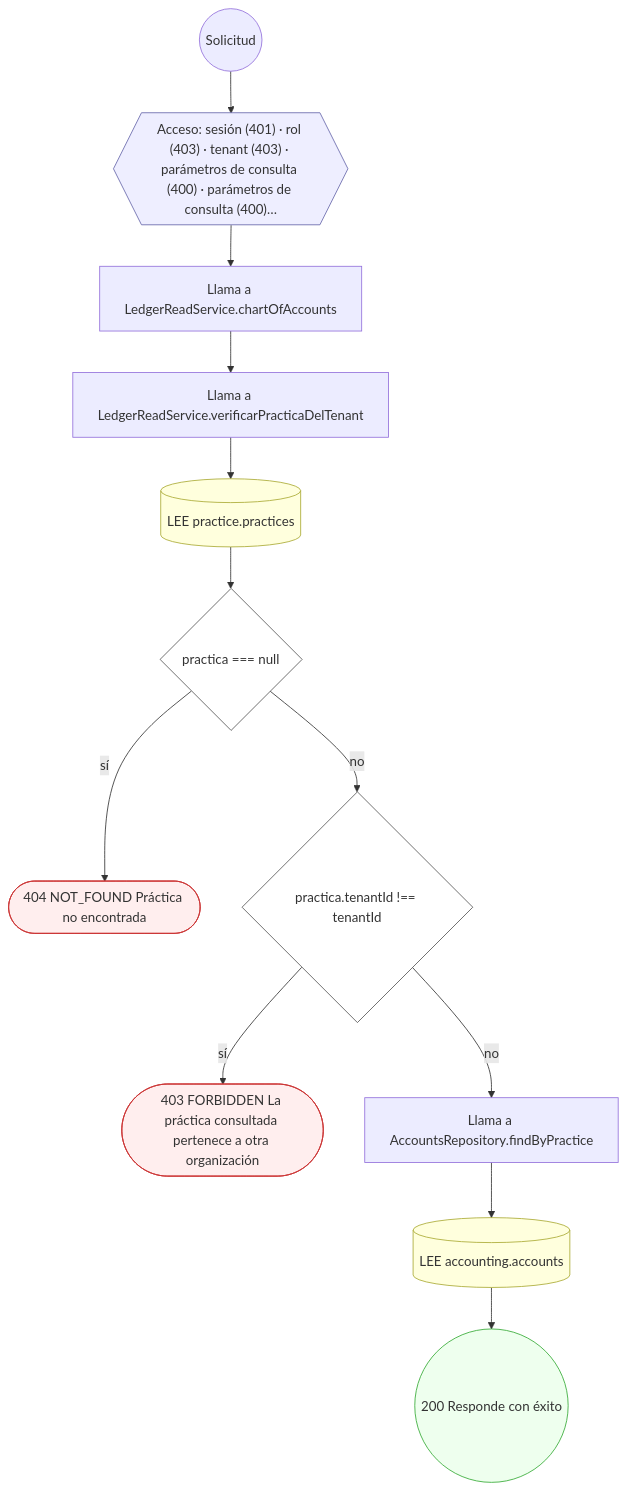
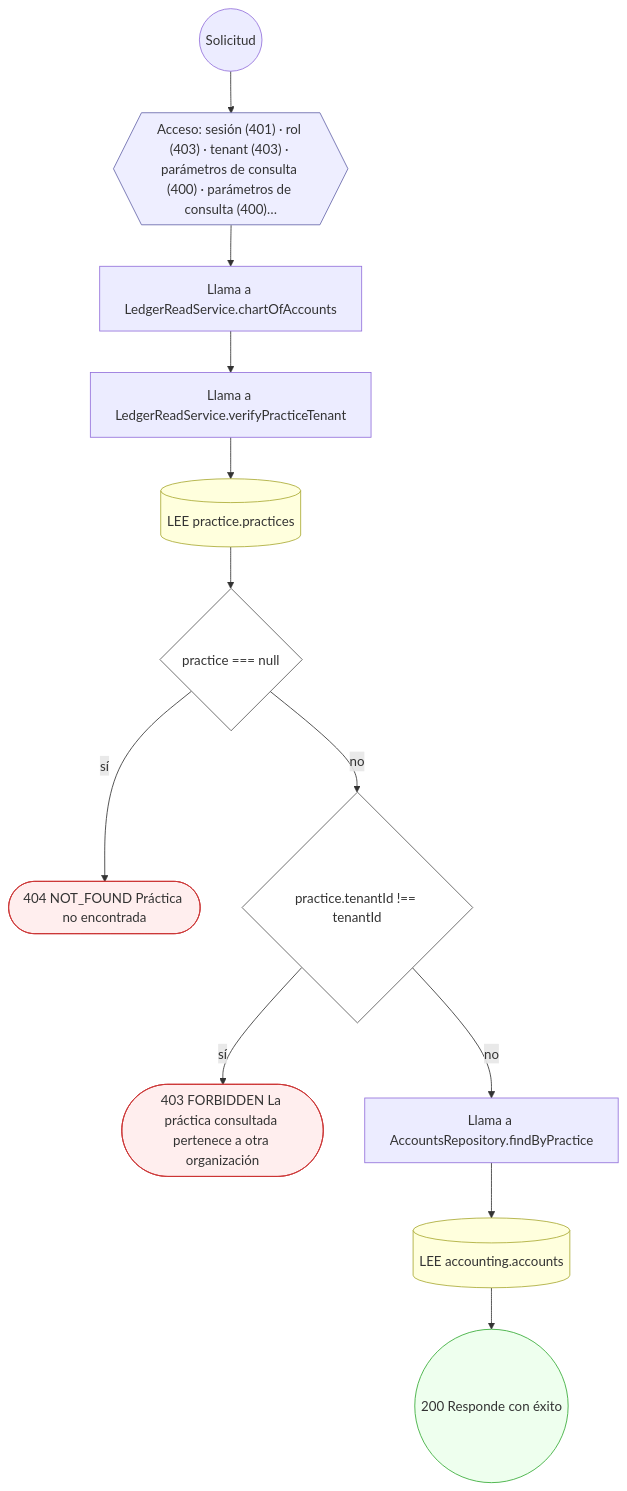
Before and after one commit to mdavila-2001/mantra-core-health-api: the fifth of 49 diagrams in docs/inventario/flujos/accounting.md, drawn with Mermaid. The commit also changed other lines of this file and 451 other files, not shown here.

````diff
--- a/docs/inventario/flujos/accounting.md
+++ b/docs/inventario/flujos/accounting.md
@@ -363,32 +561,32 @@
 ```mermaid
 flowchart TD
   n1(("Solicitud")):::inicio
   n2{{"Acceso: sesión (401) · rol (403) · tenant (403) · parámetros de consulta (400) · parámetros de consulta (400)…"}}:::acceso
   n1 --> n2
   n3["Llama a LedgerReadService.chartOfAccounts"]:::llamada
   n2 --> n3
-  n4["Llama a LedgerReadService.verificarPracticaDelTenant"]:::llamada
+  n4["Llama a LedgerReadService.verifyPracticeTenant"]:::llamada
   n3 --> n4
   n5[("LEE practice.practices")]:::efecto
   n4 --> n5
-  n6{"practica === null"}:::decision
+  n6{"practice === null"}:::decision
   n5 --> n6
   n7(["404 NOT_FOUND Práctica no encontrada"]):::error
   n6 -->|"sí"| n7
-  n8{"practica.tenantId !== tenantId"}:::decision
+  n8{"practice.tenantId !== tenantId"}:::decision
   n6 -->|"no"| n8
   n9(["403 FORBIDDEN La práctica consultada pertenece a otra organización"]):::error
   n8 -->|"sí"| n9
   n10["Llama a AccountsRepository.findByPractice"]:::llamada
   n8 -->|"no"| n10
   n11[("LEE accounting.accounts")]:::efecto
   n10 --> n11
   n12(("200 Responde con éxito")):::ok
   n11 --> n12
   classDef acceso fill:#eef,stroke:#66a
   classDef error fill:#fee,stroke:#c33
   classDef ok fill:#efe,stroke:#3a3
   classDef efecto fill:#ffd,stroke:#aa3
   classDef decision fill:#fff,stroke:#555
   classDef corte fill:#eee,stroke:#999,stroke-dasharray: 4
 ```
````
